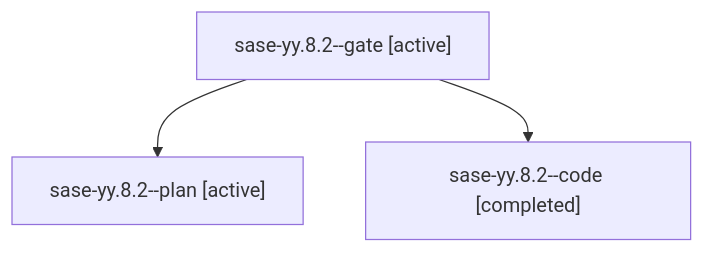
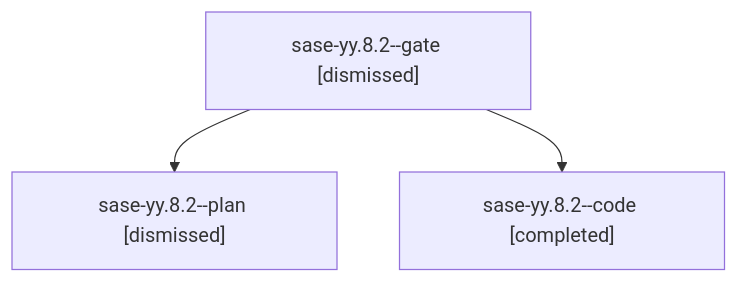
Before and after one commit to sase-org/sase--agents: the diagram in sessions/bbugyi200.athena.sase-yy.8.2.md, drawn with Mermaid. The commit also changed other lines of this file and 208 other files, not shown here.

````diff
--- a/sessions/bbugyi200.athena.sase-yy.8.2.md
+++ b/sessions/bbugyi200.athena.sase-yy.8.2.md
@@ -9,8 +9,8 @@
 ```mermaid
 flowchart TD
-  n0["sase-yy.8.2--gate [active]"]
-  n1["sase-yy.8.2--plan [active]"]
+  n0["sase-yy.8.2--gate [dismissed]"]
+  n1["sase-yy.8.2--plan [dismissed]"]
   n0 --> n1
   n2["sase-yy.8.2--code [completed]"]
   n0 --> n2
 ```
````
